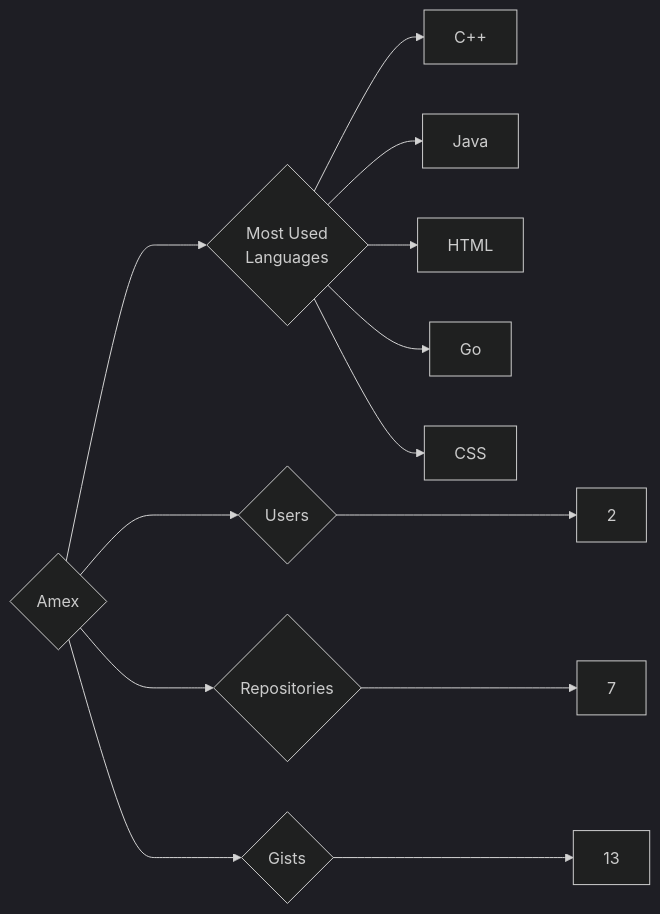
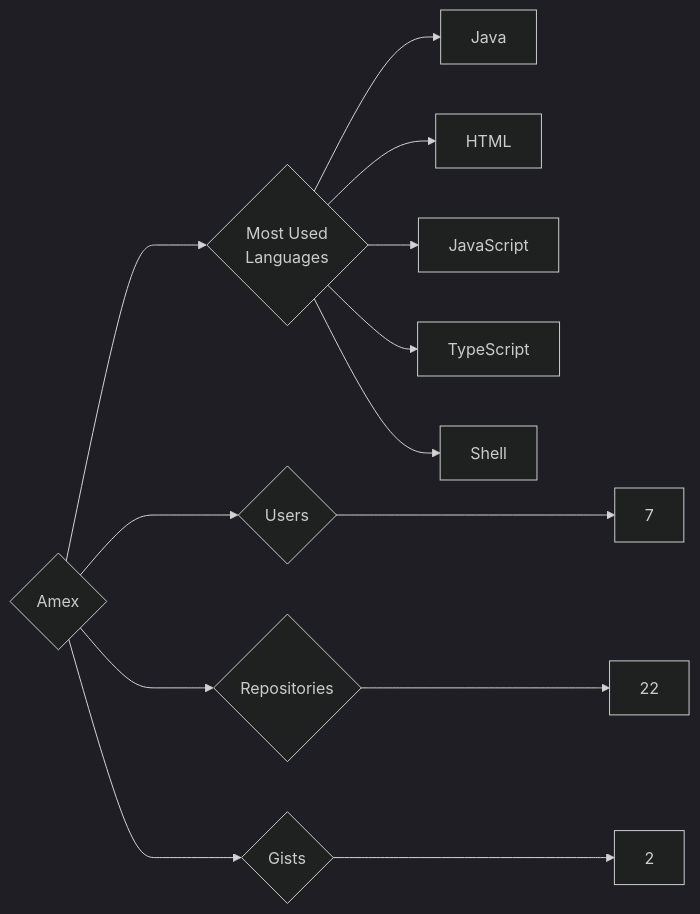
One commit to trickest/insiders changed the diagram in targets/Amex/README.md. Above: the diagram before and after it, drawn with Mermaid (dark theme). The commit also changed 1036 other files, not shown here.

````diff
--- a/targets/Amex/README.md
+++ b/targets/Amex/README.md
@@ -3,13 +3,13 @@
 ```mermaid
 graph LR
 COMPANY_NAME{Amex}
-COMPANY_NAME ---> U{Users} ---> UN[2]
-COMPANY_NAME ---> R{Repositories} ---> RN[7]
-COMPANY_NAME ---> G{Gists} ---> GN[13]
+COMPANY_NAME ---> U{Users} ---> UN[7]
+COMPANY_NAME ---> R{Repositories} ---> RN[22]
+COMPANY_NAME ---> G{Gists} ---> GN[2]
 COMPANY_NAME ---> ML{Most Used<br>Languages}
-ML --> C++[C++]
 ML --> Java[Java]
 ML --> HTML[HTML]
-ML --> Go[Go]
-ML --> CSS[CSS]
+ML --> JavaScript[JavaScript]
+ML --> TypeScript[TypeScript]
+ML --> Shell[Shell]
 ```
````
